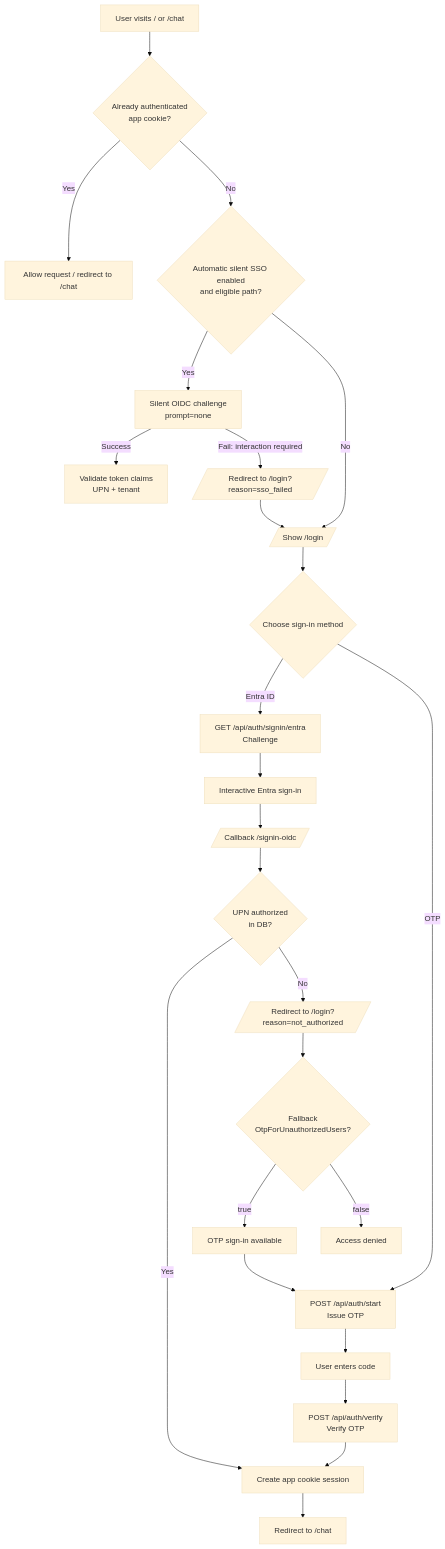
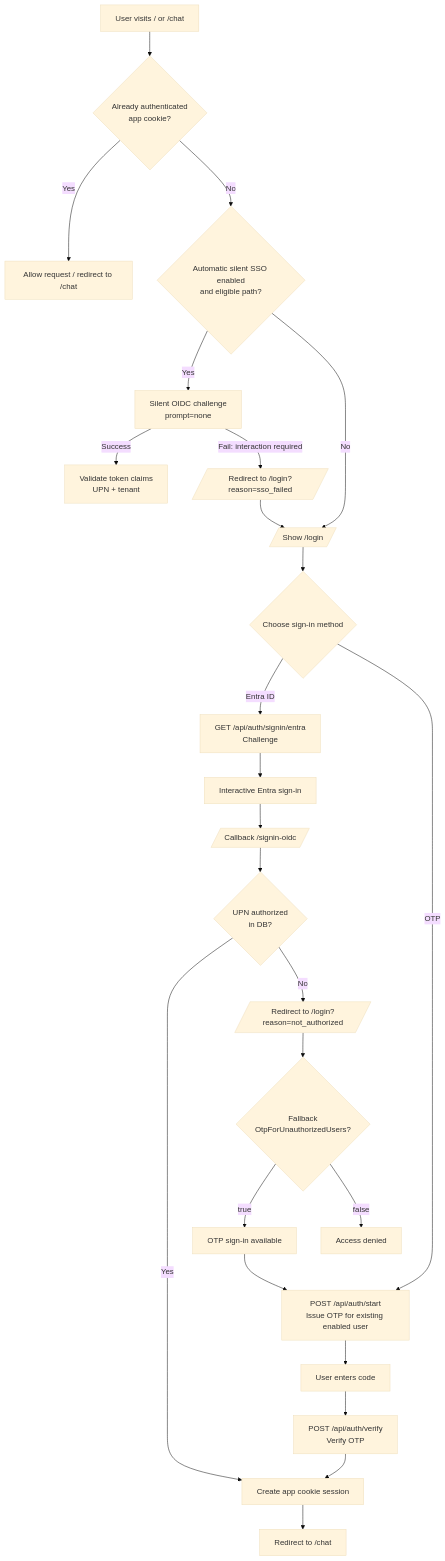
The diagram in docs/features/authentication.md (smereczynski/SignalR-Chat), drawn with Mermaid (base theme) before and after one commit. The commit also changed other lines of this file and 5 other files, not shown here.

````diff
--- a/docs/features/authentication.md
+++ b/docs/features/authentication.md
@@ -33,33 +33,33 @@
 ```mermaid
 flowchart TD
   A[User visits / or /chat] --> B{"Already authenticated<br/>app cookie?"}
   B -->|Yes| C[Allow request / redirect to /chat]
   B -->|No| D{"Automatic silent SSO enabled<br/>and eligible path?"}
 
   D -->|Yes| E[Silent OIDC challenge<br/>prompt=none]
   E -->|Success| F[Validate token claims<br/>UPN + tenant]
   E -->|Fail: interaction required| G[/Redirect to /login?reason=sso_failed/]
 
   D -->|No| H[/Show /login/]
   G --> H
 
   H --> I{Choose sign-in method}
   I -->|Entra ID| J[GET /api/auth/signin/entra<br/>Challenge]
   J --> K[Interactive Entra sign-in]
   K --> L[/Callback /signin-oidc/]
   L --> M{"UPN authorized<br/>in DB?"}
   M -->|Yes| N[Create app cookie session]
   M -->|No| O[/Redirect to /login?reason=not_authorized/]
 
   O --> P{"Fallback<br/>OtpForUnauthorizedUsers?"}
   P -->|true| Q[OTP sign-in available]
   P -->|false| R[Access denied]
 
-  I -->|OTP| S[POST /api/auth/start<br/>Issue OTP]
+  I -->|OTP| S[POST /api/auth/start<br/>Issue OTP for existing enabled user]
   S --> T[User enters code]
   T --> U[POST /api/auth/verify<br/>Verify OTP]
   U --> N
 
   Q --> S
   N --> V[Redirect to /chat]
 ```
````
